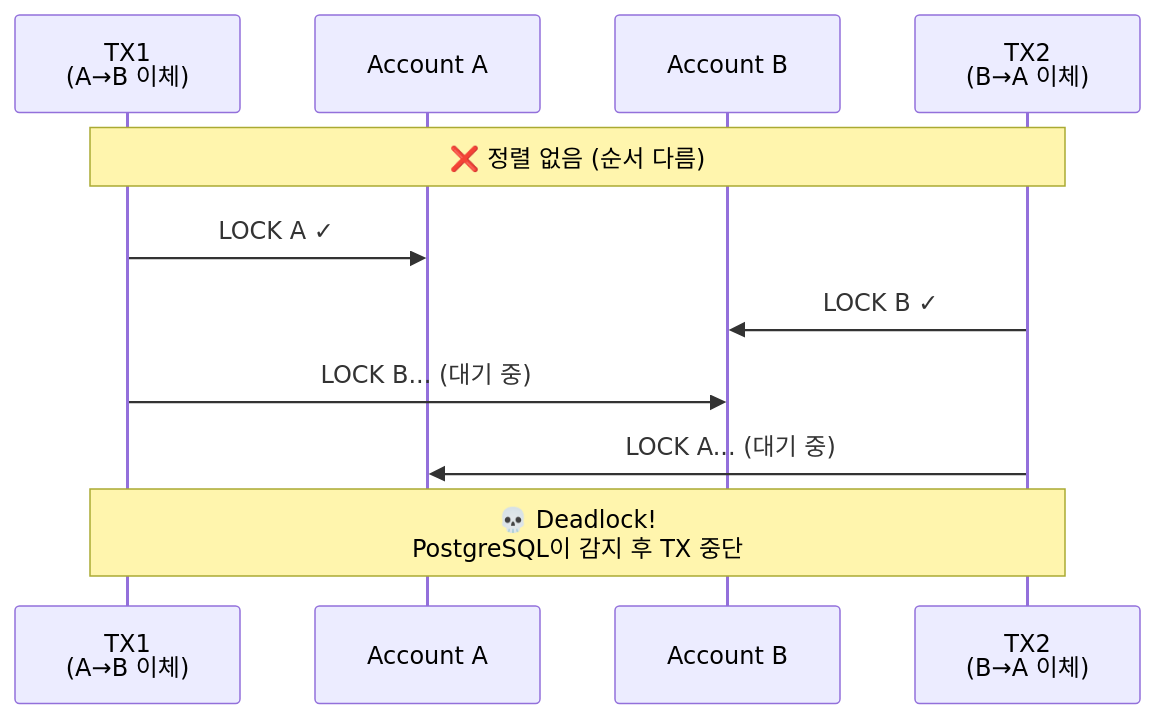
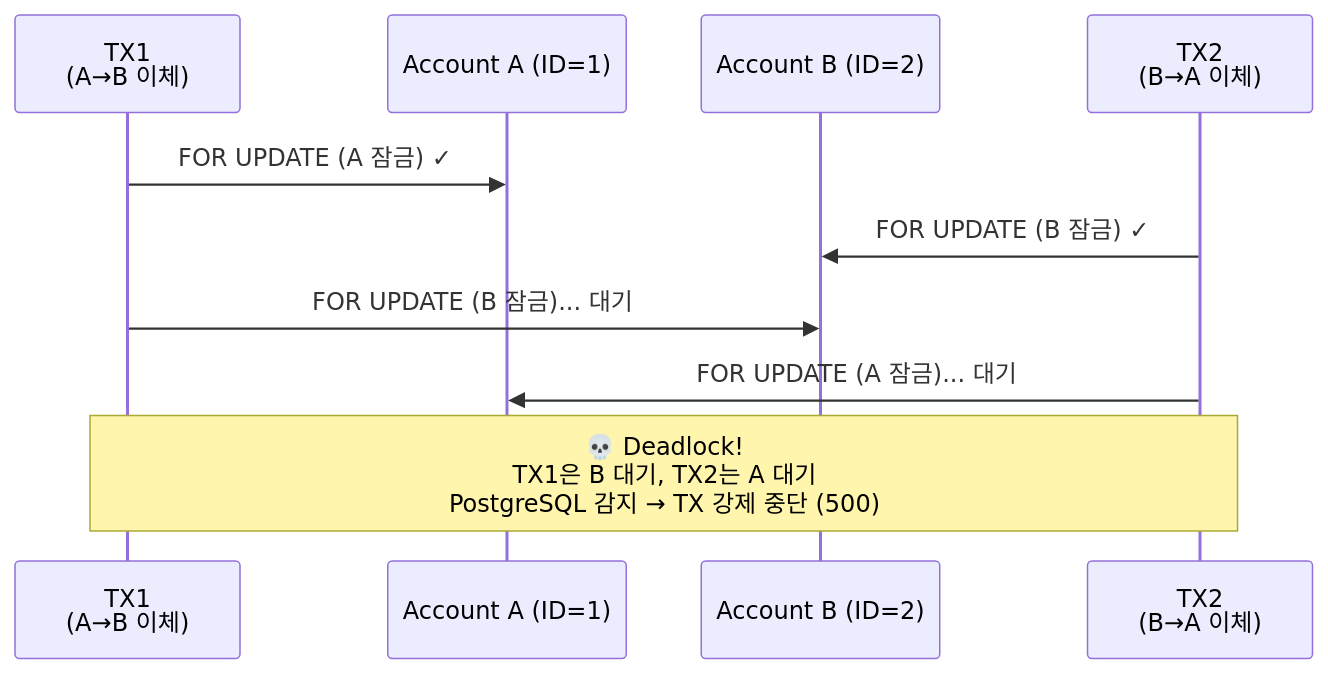
Before and after one commit to seokrae-labs/account-ledger-service: the third of 8 diagrams in docs/DESIGN_DECISIONS.md, drawn with Mermaid. The commit also changed other lines of this file, not shown here.

First line of the commit message:
docs: Deadlock Prevention 섹션 비교 다이어그램으로 교체 (#176)

````diff
--- a/docs/DESIGN_DECISIONS.md
+++ b/docs/DESIGN_DECISIONS.md
@@ -151,16 +108,14 @@
 ```mermaid
 sequenceDiagram
     participant TX1 as TX1<br/>(A→B 이체)
-    participant AccA as Account A
-    participant AccB as Account B
+    participant AccA as Account A (ID=1)
+    participant AccB as Account B (ID=2)
     participant TX2 as TX2<br/>(B→A 이체)
 
-    Note over TX1,TX2: ❌ 정렬 없음 (순서 다름)
+    TX1->>AccA: FOR UPDATE (A 잠금) ✓
+    TX2->>AccB: FOR UPDATE (B 잠금) ✓
+    TX1->>AccB: FOR UPDATE (B 잠금)... 대기
+    TX2->>AccA: FOR UPDATE (A 잠금)... 대기
 
-    TX1->>AccA: LOCK A ✓
-    TX2->>AccB: LOCK B ✓
-    TX1->>AccB: LOCK B... (대기 중)
-    TX2->>AccA: LOCK A... (대기 중)
-
-    Note over TX1,TX2: 💀 Deadlock!<br/>PostgreSQL이 감지 후 TX 중단
+    Note over TX1,TX2: 💀 Deadlock!<br/>TX1은 B 대기, TX2는 A 대기<br/>PostgreSQL 감지 → TX 강제 중단 (500)
 ```
````
